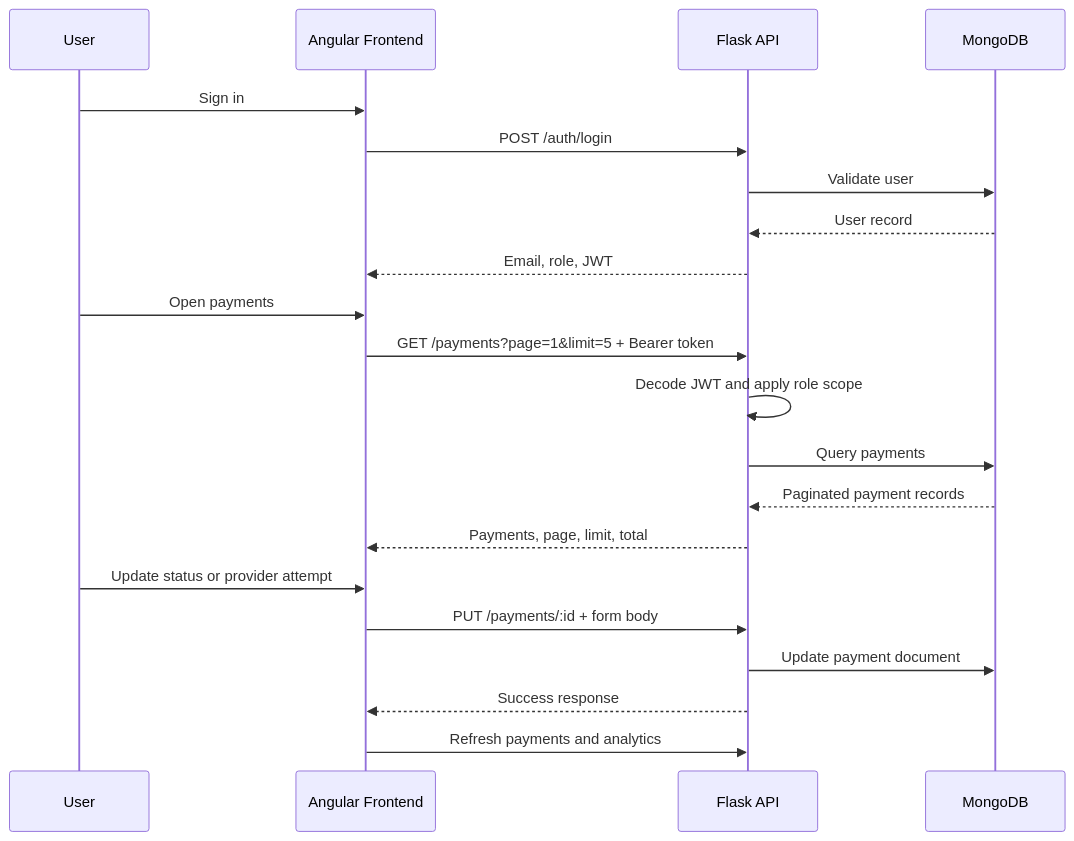
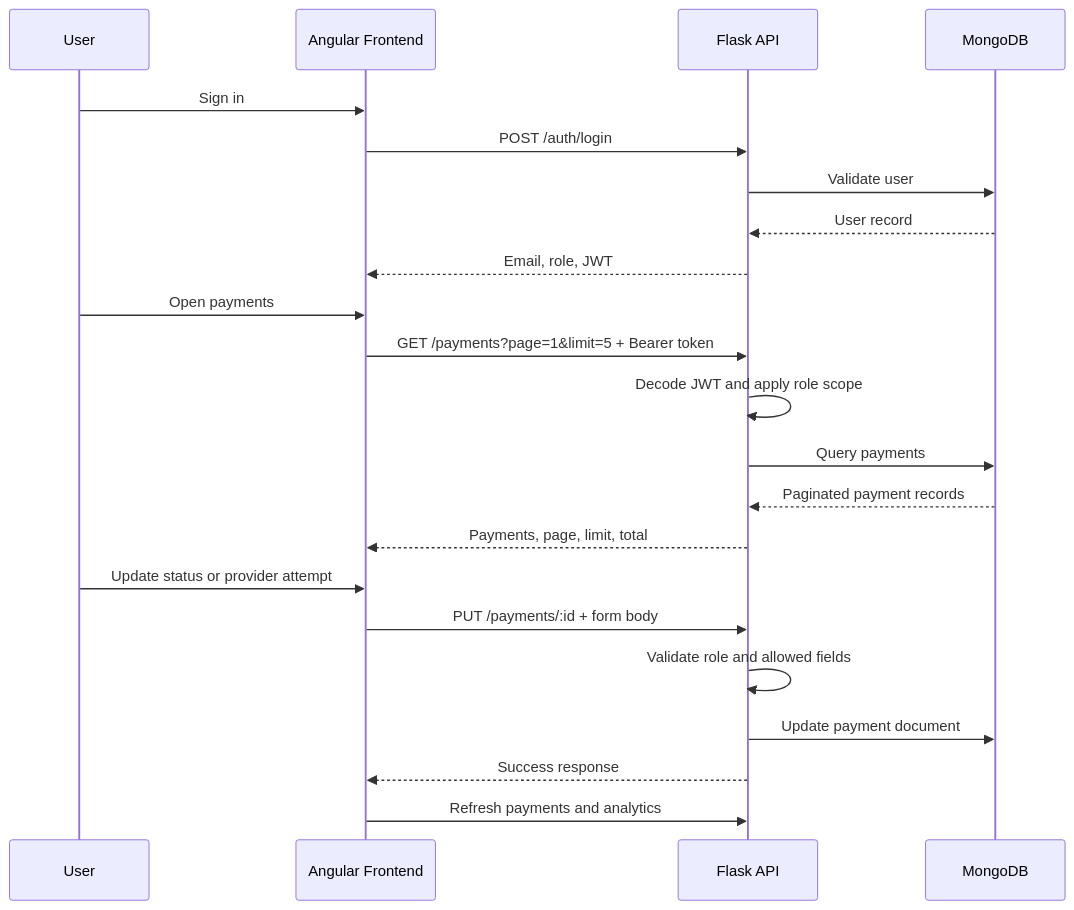
One commit to parthrohit22/Payment-Routing-System changed the second of 2 diagrams in README.md. Above: the diagram before and after it, drawn with Mermaid. The commit also changed other lines of this file and 13 other files, not shown here.

Commit message:
feat: finalize frontend, docs, RBAC flows, routing visibility and analytics

````diff
--- a/README.md
+++ b/README.md
@@ -176,26 +174,27 @@
 ```mermaid
 sequenceDiagram
     participant User
     participant UI as Angular Frontend
     participant API as Flask API
     participant DB as MongoDB
 
     User->>UI: Sign in
     UI->>API: POST /auth/login
     API->>DB: Validate user
     DB-->>API: User record
     API-->>UI: Email, role, JWT
 
     User->>UI: Open payments
     UI->>API: GET /payments?page=1&limit=5 + Bearer token
     API->>API: Decode JWT and apply role scope
     API->>DB: Query payments
     DB-->>API: Paginated payment records
     API-->>UI: Payments, page, limit, total
 
     User->>UI: Update status or provider attempt
     UI->>API: PUT /payments/:id + form body
+    API->>API: Validate role and allowed fields
     API->>DB: Update payment document
     API-->>UI: Success response
     UI->>API: Refresh payments and analytics
 ```
````
